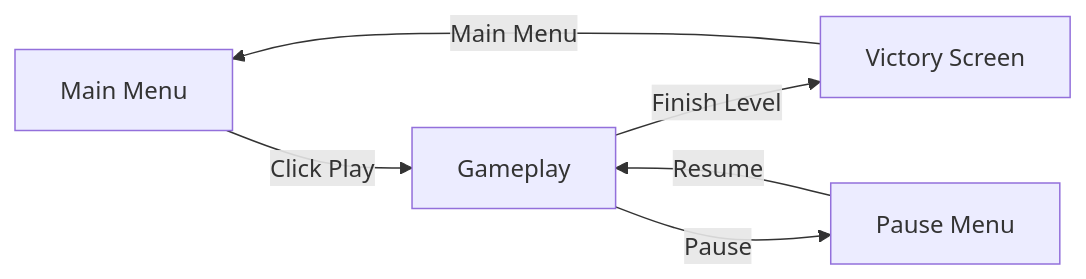
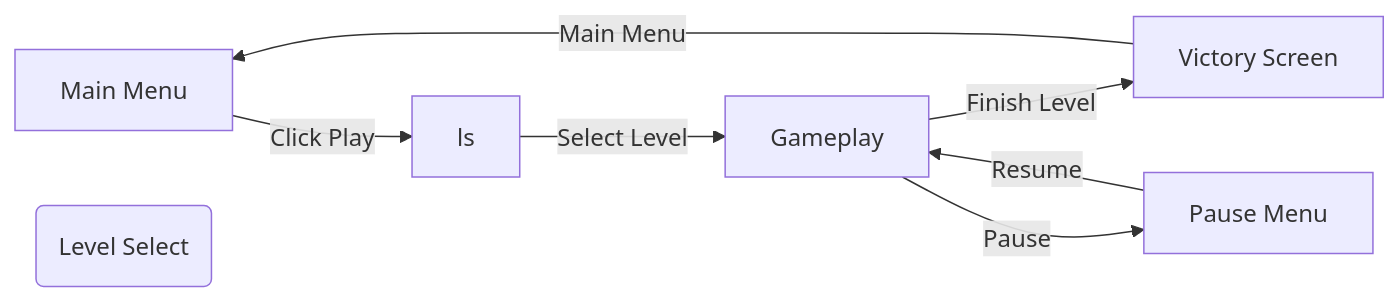
Before and after one commit to Justsomeguy241/Out-of-the-box: the first of 4 diagrams in README.md, drawn with Mermaid.

````diff
--- a/README.md
+++ b/README.md
@@ -31,15 +31,18 @@
 ```mermaid
 flowchart LR
   mm[Main Menu]
   gp[Gameplay]
   vs[Victory Screen]
   pm[Pause Menu]
+  LS(Level Select)
 
-  mm -- "Click Play" --> gp
+  mm -- "Click Play" --> ls
   gp -- "Finish Level" --> vs
   vs -- "Main Menu" --> mm
   gp -- "Pause" --> pm
   pm -- "Resume" --> gp
+  ls -- "Select Level" --> gp
+
    
 
 ```
````
